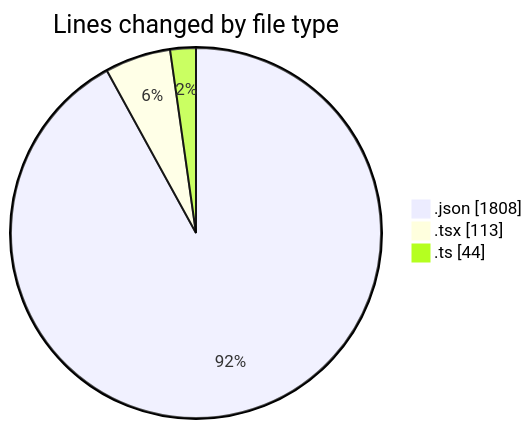
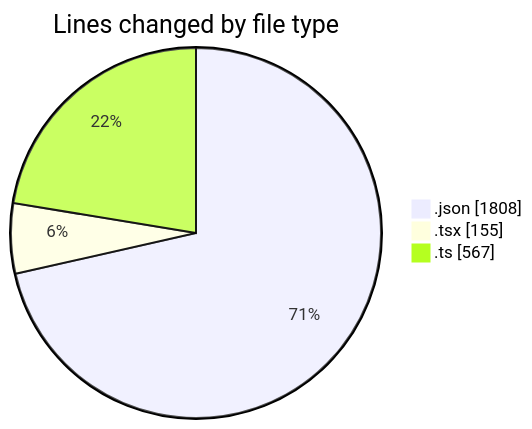
The first of 2 diagrams in 2025-11-19/eventscop-frontend-guide__workspace_/README.md (julien-gomy/code-tracking), drawn with Mermaid before and after one commit. The commit also changed other lines of this file and 1 other file, not shown here.

````diff
--- a/2025-11-19/eventscop-frontend-guide__workspace_/README.md
+++ b/2025-11-19/eventscop-frontend-guide__workspace_/README.md
@@ -30,7 +32,7 @@
 ```mermaid
 pie showData
 title Lines changed by file type
 ".json" : 1808
-".tsx" : 113
-".ts" : 44
+".tsx" : 155
+".ts" : 567
 ```
````
